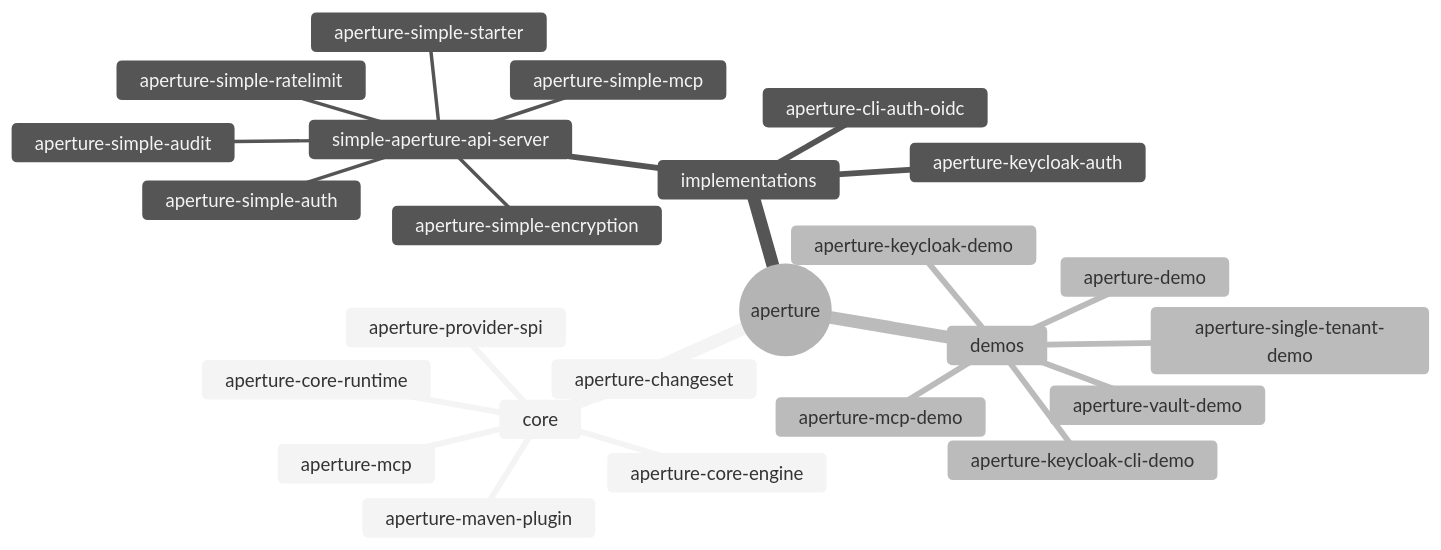
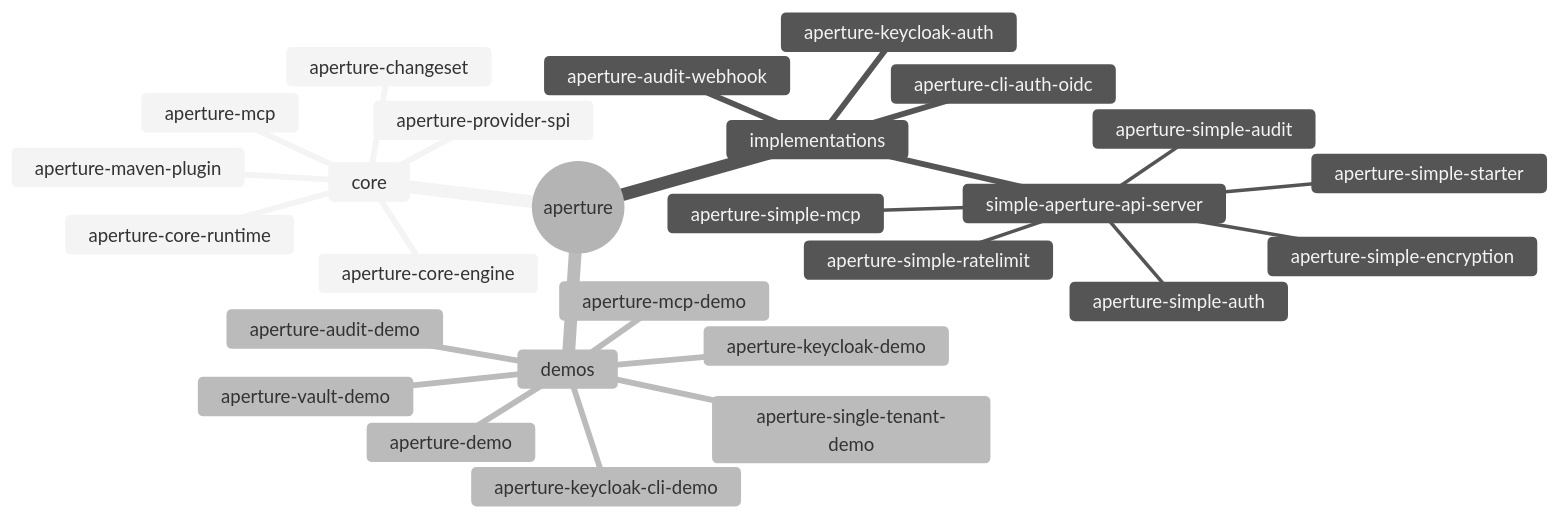
One commit to ItsJooL/aperture changed the diagram in README.md. Above: the diagram before and after it, drawn with Mermaid (neutral theme). The commit also changed other lines of this file and 39 other files, not shown here.

Commit message:
Add aperture-audit-demo AuditWriter/SIEM showcase

````diff
--- a/README.md
+++ b/README.md
@@ -76,28 +76,30 @@
 ```mermaid
 mindmap
   root((aperture))
     core
       aperture-core-engine
       aperture-core-runtime
       aperture-changeset
       aperture-mcp
       aperture-maven-plugin
       aperture-provider-spi
     implementations
+      aperture-audit-webhook
       simple-aperture-api-server
         aperture-simple-auth
         aperture-simple-audit
         aperture-simple-encryption
         aperture-simple-ratelimit
         aperture-simple-mcp
         aperture-simple-starter
       aperture-keycloak-auth
       aperture-cli-auth-oidc
     demos
       aperture-demo
       aperture-mcp-demo
+      aperture-audit-demo
       aperture-single-tenant-demo
       aperture-keycloak-demo
       aperture-keycloak-cli-demo
       aperture-vault-demo
 ```
````
